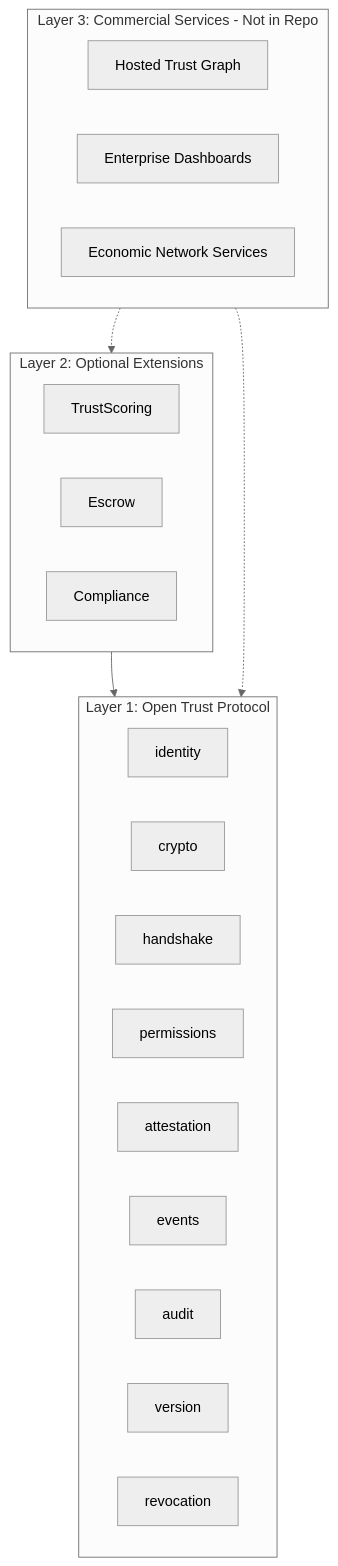
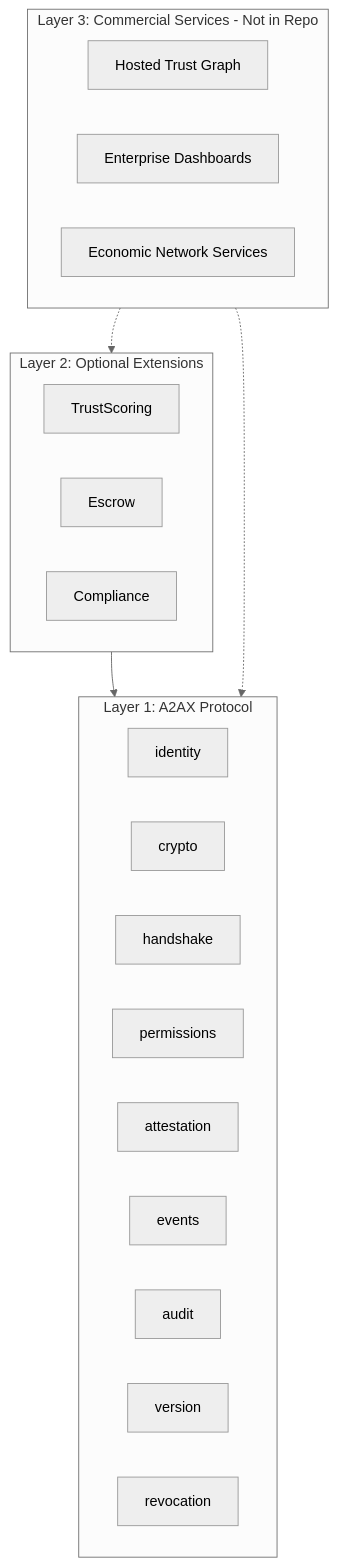
One commit to Williams-Creative/a2ax-protocol changed the diagram in docs/architecture.md. Above: the diagram before and after it, drawn with Mermaid (neutral theme). The commit also changed 5 other files, not shown here.

````diff
--- a/docs/architecture.md
+++ b/docs/architecture.md
@@ -5,30 +5,30 @@
 ```mermaid
 flowchart TB
-  subgraph L1 [Layer 1: Open Trust Protocol]
+  subgraph L1 [Layer 1: A2AX Protocol]
     identity[identity]
     crypto[crypto]
     handshake[handshake]
     permissions[permissions]
     attestation[attestation]
     events[events]
     audit[audit]
     version[version]
     revocation[revocation]
   end
 
   subgraph L2 [Layer 2: Optional Extensions]
     TrustScoring[TrustScoring]
     Escrow[Escrow]
     Compliance[Compliance]
   end
 
   subgraph L3 [Layer 3: Commercial Services - Not in Repo]
     hosted[Hosted Trust Graph]
     dashboards[Enterprise Dashboards]
     economic[Economic Network Services]
   end
 
   L2 --> L1
   L3 -.-> L2
   L3 -.-> L1
 ```
````
